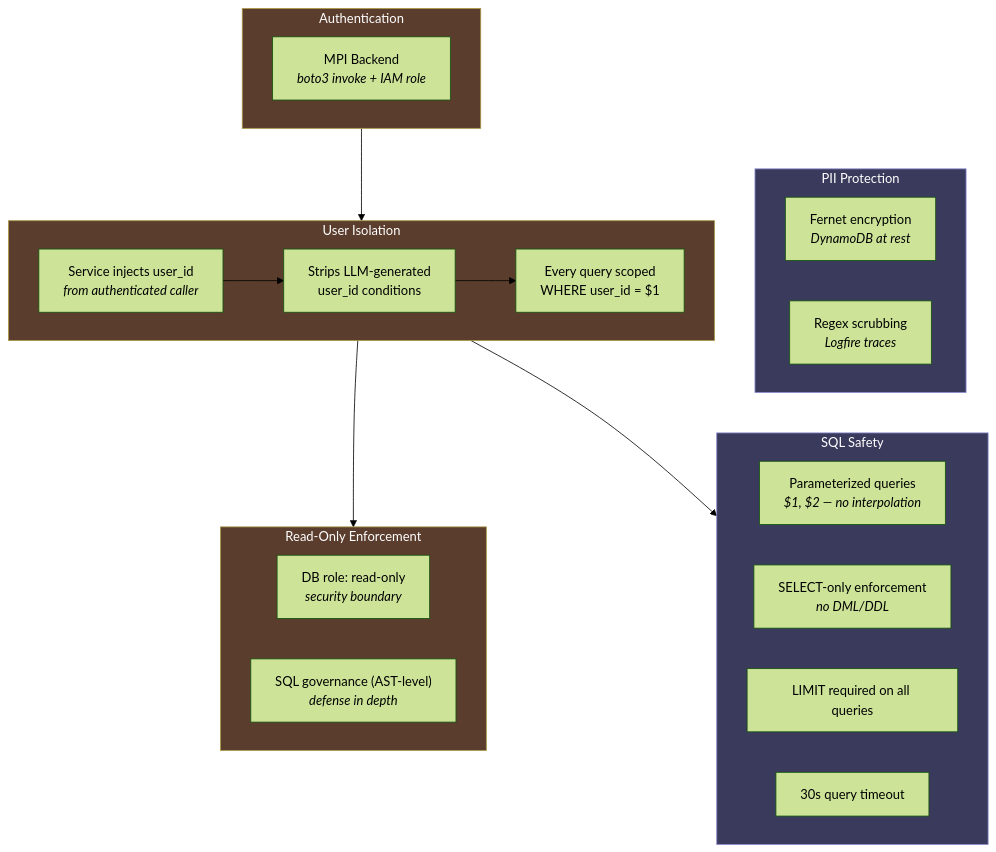
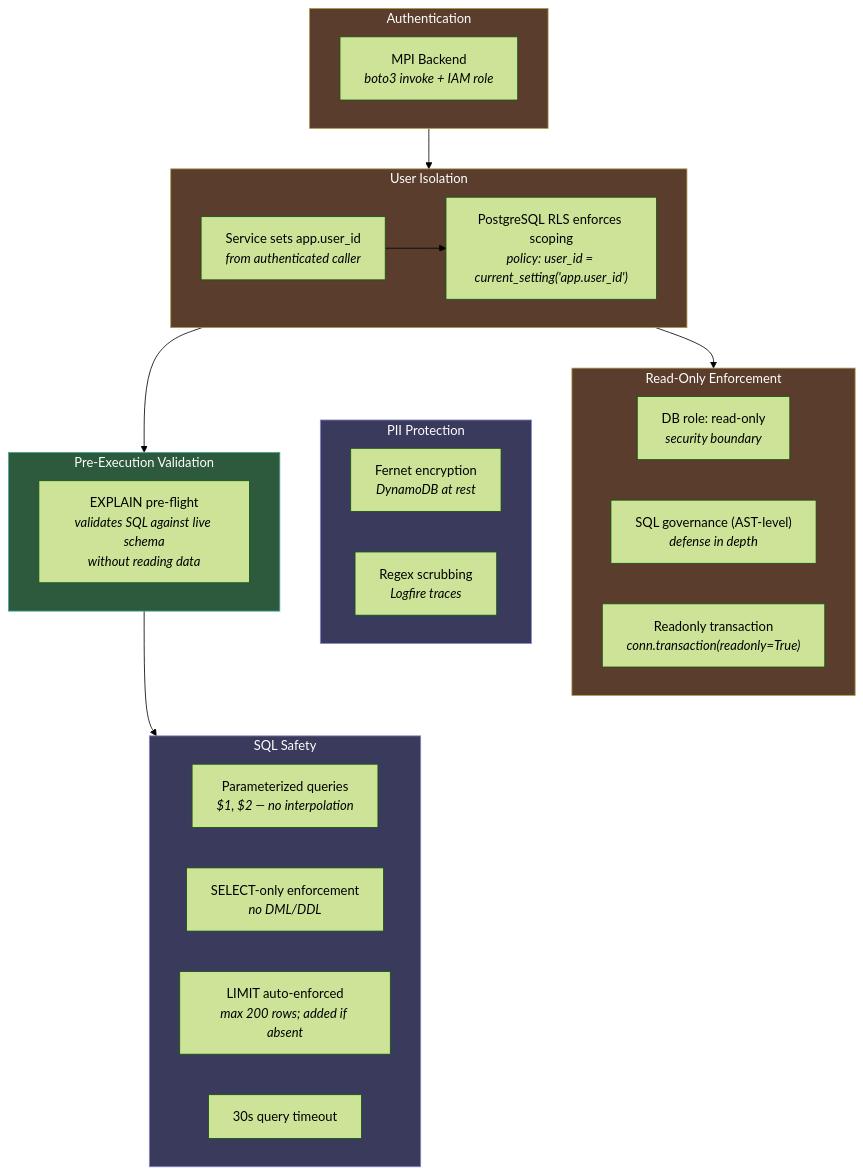
One commit to maxibove13/finance-query-agent changed the seventh of 7 diagrams in README.md. Above: the diagram before and after it, drawn with Mermaid (forest theme). The commit also changed other lines of this file and 32 other files, not shown here.

First line of the commit message:
feat: dynamic schema from SSM + connection pooling + conversation versioning [MPI-209]

````diff
--- a/README.md
+++ b/README.md
@@ -193,41 +193,47 @@
 ```mermaid
 graph TB
     subgraph AUTH["Authentication"]
         IAM["MPI Backend<br/><i>boto3 invoke + IAM role</i>"]
     end
 
     subgraph ISOLATION["User Isolation"]
-        INJ["Service injects user_id<br/><i>from authenticated caller</i>"]
-        STRIP["Strips LLM-generated<br/>user_id conditions"]
-        SCOPE["Every query scoped<br/>WHERE user_id = $1"]
-        INJ --> STRIP --> SCOPE
+        INJ["Service sets app.user_id<br/><i>from authenticated caller</i>"]
+        RLS["PostgreSQL RLS enforces scoping<br/><i>policy: user_id = current_setting('app.user_id')</i>"]
+        INJ --> RLS
     end
 
     subgraph READONLY["Read-Only Enforcement"]
         ROLE["DB role: read-only<br/><i>security boundary</i>"]
         GOV["SQL governance (AST-level)<br/><i>defense in depth</i>"]
+        TXN["Readonly transaction<br/><i>conn.transaction(readonly=True)</i>"]
+    end
+
+    subgraph PREFLIGHT["Pre-Execution Validation"]
+        EXPLAIN["EXPLAIN pre-flight<br/><i>validates SQL against live schema<br/>without reading data</i>"]
     end
 
     subgraph PII["PII Protection"]
         FERNET["Fernet encryption<br/><i>DynamoDB at rest</i>"]
         REGEX["Regex scrubbing<br/><i>Logfire traces</i>"]
     end
 
     subgraph SQLS["SQL Safety"]
         PARAM["Parameterized queries<br/><i>$1, $2 — no interpolation</i>"]
         SELONLY["SELECT-only enforcement<br/><i>no DML/DDL</i>"]
-        LIMIT["LIMIT required on all queries"]
+        LIMIT["LIMIT auto-enforced<br/><i>max 200 rows; added if absent</i>"]
         TIMEOUT["30s query timeout"]
     end
 
     AUTH --> ISOLATION
     ISOLATION --> READONLY
-    ISOLATION --> SQLS
+    ISOLATION --> PREFLIGHT
+    PREFLIGHT --> SQLS
     PII ~~~ SQLS
 
     style AUTH fill:#5a3d2d,stroke:#a94,color:#fff
     style ISOLATION fill:#5a3d2d,stroke:#a94,color:#fff
     style READONLY fill:#5a3d2d,stroke:#a94,color:#fff
+    style PREFLIGHT fill:#2d5a3d,stroke:#4a9,color:#fff
     style PII fill:#3a3a5c,stroke:#88c,color:#fff
     style SQLS fill:#3a3a5c,stroke:#88c,color:#fff
 ```
````
